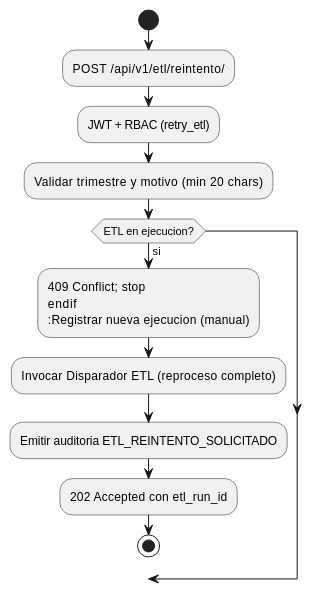
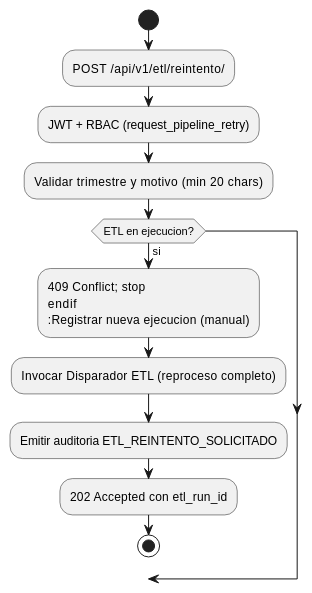
One commit to jcg-admin/IACT-docs changed the second of 4 diagrams in source/requisitos/casos-uso/pipeline/uc-pip-04/diagramas-uml.rst. Above: the diagram before and after it, drawn with PlantUML. The commit also changed other lines of this file and 157 other files, not shown here.

First line of the commit message:
Enforce catalog function names across all diagrams

```diff
--- a/source/requisitos/casos-uso/pipeline/uc-pip-04/diagramas-uml.rst
+++ b/source/requisitos/casos-uso/pipeline/uc-pip-04/diagramas-uml.rst
@@ -26,16 +26,16 @@
 .. uml::
 
  @startuml
  start
  :POST /api/v1/etl/reintento/;
- :JWT + RBAC (retry_etl);
+ :JWT + RBAC (request_pipeline_retry);
  :Validar trimestre y motivo (min 20 chars);
  if (ETL en ejecucion?) then (si)
    :409 Conflict; stop
  endif
  :Registrar nueva ejecucion (manual);
  :Invocar Disparador ETL (reproceso completo);
  :Emitir auditoria ETL_REINTENTO_SOLICITADO;
  :202 Accepted con etl_run_id;
  stop
  @enduml
```
